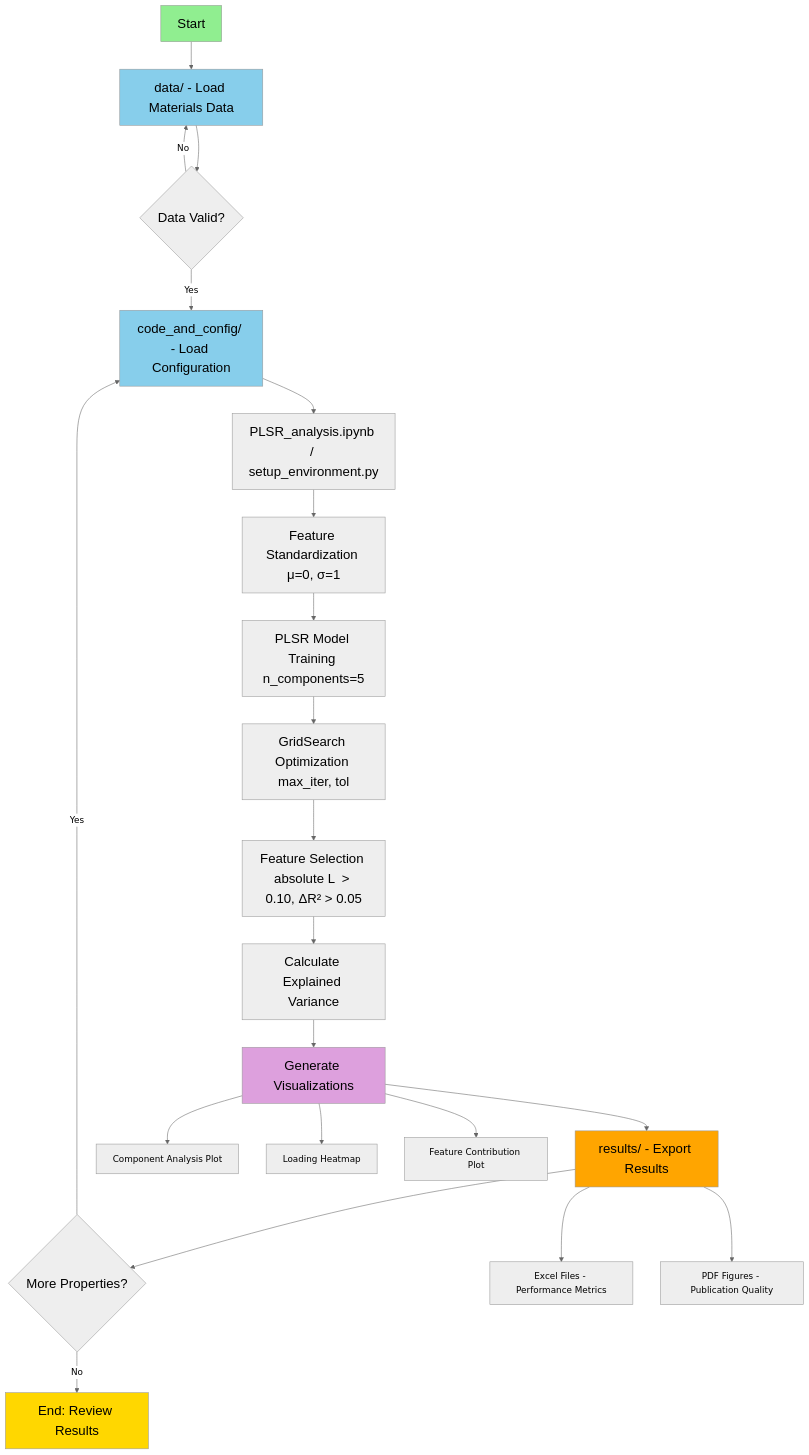
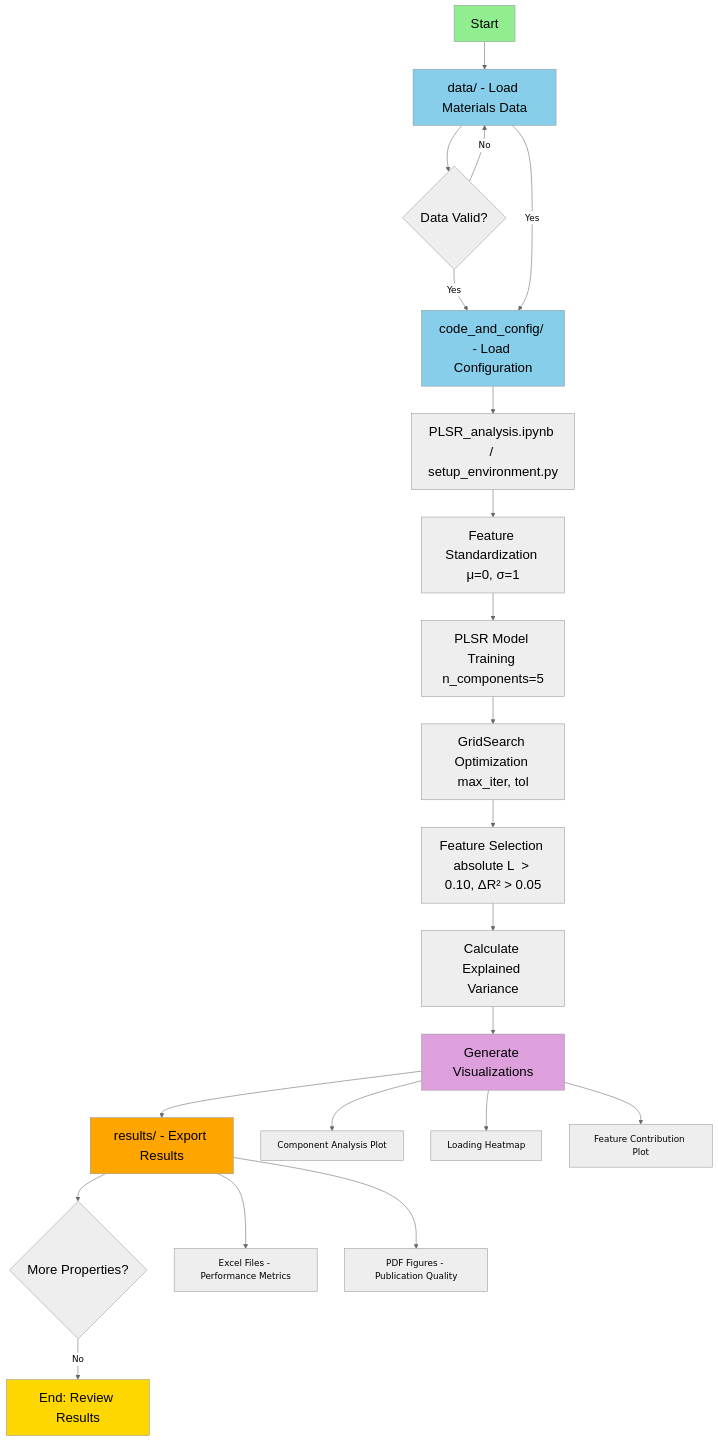
The diagram in plsr_feature_selection/README.md (Shaswat-qm-researcher/Physics-Informed-Symbolic-Regression-for-Phonon-Related-Property-Prediction-and-Materials-Discovery), drawn with Mermaid (neutral theme) before and after one commit.

````diff
--- a/plsr_feature_selection/README.md
+++ b/plsr_feature_selection/README.md
@@ -24,40 +24,40 @@
 ```mermaid
 flowchart TD
     A[Start] --> B[data/ - Load Materials Data]
     B --> C{Data Valid?}
     C -->|No| B
     C -->|Yes| D[code_and_config/ - Load Configuration]
     D --> E[PLSR_analysis.ipynb / setup_environment.py]
     E --> F[Feature Standardization μ=0, σ=1]
     F --> G[PLSR Model Training n_components=5]
     G --> H[GridSearch Optimization max_iter, tol]
     H --> I[Feature Selection absolute L  > 0.10, ΔR² > 0.05]
     I --> J[Calculate Explained Variance]
     J --> K[Generate Visualizations]
     K --> L[results/ - Export Results]
     L --> M{More Properties?}
-    M -->|Yes| D
+    B -->|Yes| D
     M -->|No| N[End: Review Results]
     
     K --> K1[Component Analysis Plot]
     K --> K2[Loading Heatmap]
     K --> K3[Feature Contribution Plot]
     
     L --> L1[Excel Files - Performance Metrics]
     L --> L2[PDF Figures - Publication Quality]
 
 style A fill:#90EE90, font-size:24px, font-family:Arial
 style B fill:#87CEEB, font-size:24px, font-family:Arial
 style C font-size:24px, font-family:Arial
 style D fill:#87CEEB, font-size:24px, font-family:Arial
 style E font-size:24px, font-family:Arial
 style F font-size:24px, font-family:Arial
 style G font-size:24px, font-family:Arial
 style H font-size:24px, font-family:Arial
 style I font-size:24px, font-family:Arial
 style J font-size:24px, font-family:Arial
 style K fill:#DDA0DD, font-size:24px, font-family:Arial
 style L fill:#FFA500, font-size:24px, font-family:Arial
 style M font-size:24px, font-family:Arial
 style N fill:#FFD700, font-size:24px, font-family:Arial
 ```
````
